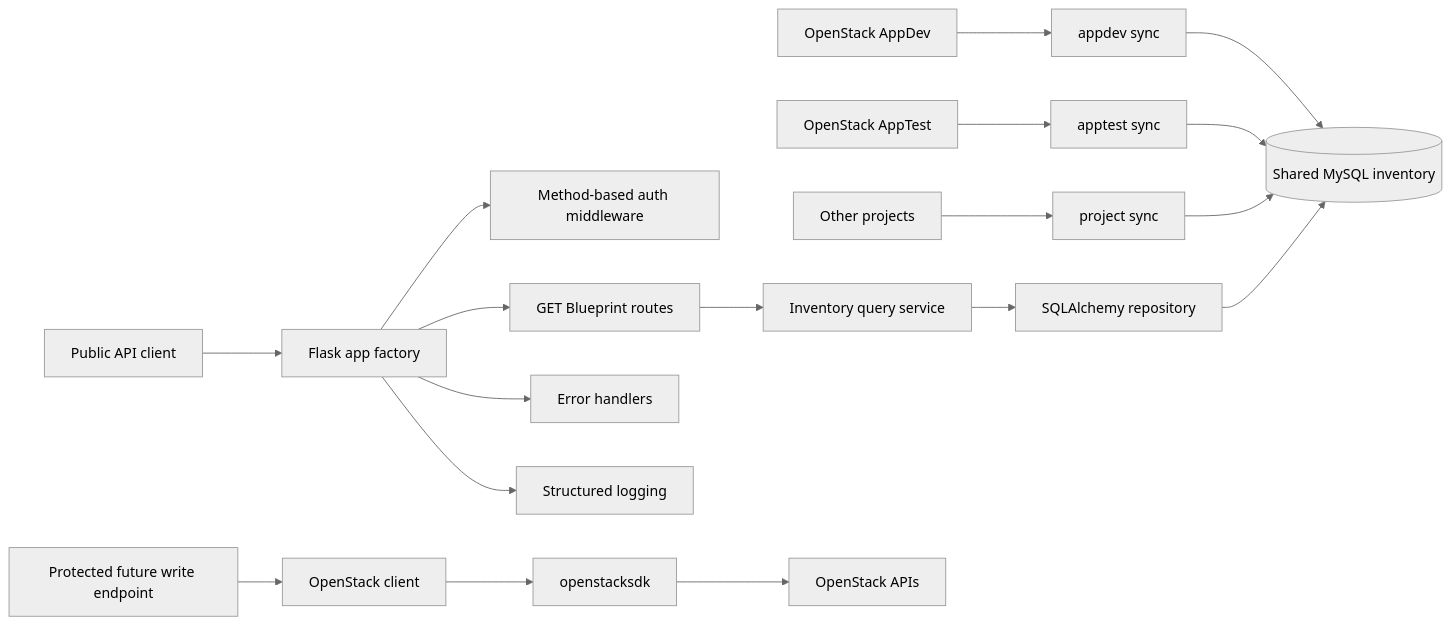
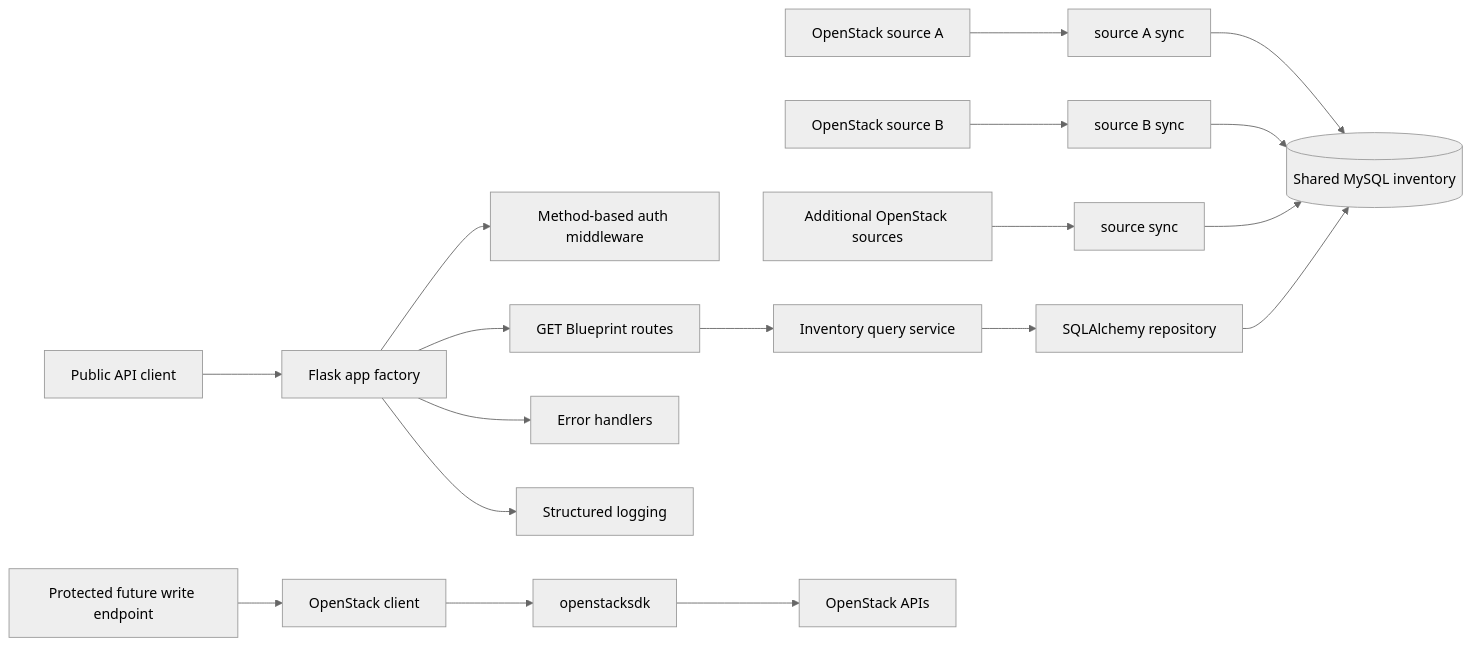
The diagram in README.md (yappyslappy/openstack-middleware-api), drawn with Mermaid (neutral theme) before and after one commit. The commit also changed other lines of this file and 24 other files, not shown here.

````diff
--- a/README.md
+++ b/README.md
@@ -13,20 +12,20 @@
 ```mermaid
 flowchart LR
-    AppDev[OpenStack AppDev] --> SyncAppDev[appdev sync]
-    AppTest[OpenStack AppTest] --> SyncAppTest[apptest sync]
-    Other[Other projects] --> SyncOther[project sync]
-    SyncAppDev --> MySQL[(Shared MySQL inventory)]
-    SyncAppTest --> MySQL
+    SourceA[OpenStack source A] --> SyncA[source A sync]
+    SourceB[OpenStack source B] --> SyncB[source B sync]
+    Other[Additional OpenStack sources] --> SyncOther[source sync]
+    SyncA --> MySQL[(Shared MySQL inventory)]
+    SyncB --> MySQL
     SyncOther --> MySQL
     Client[Public API client] --> Flask[Flask app factory]
     Flask --> Auth[Method-based auth middleware]
     Flask --> Routes[GET Blueprint routes]
     Routes --> InventoryService[Inventory query service]
     InventoryService --> Repository[SQLAlchemy repository]
     Repository --> MySQL
     Protected[Protected future write endpoint] --> OpenStackService[OpenStack client]
     OpenStackService --> SDK[openstacksdk]
     SDK --> OpenStack[OpenStack APIs]
     Flask --> Errors[Error handlers]
     Flask --> Logs[Structured logging]
 ```
````
